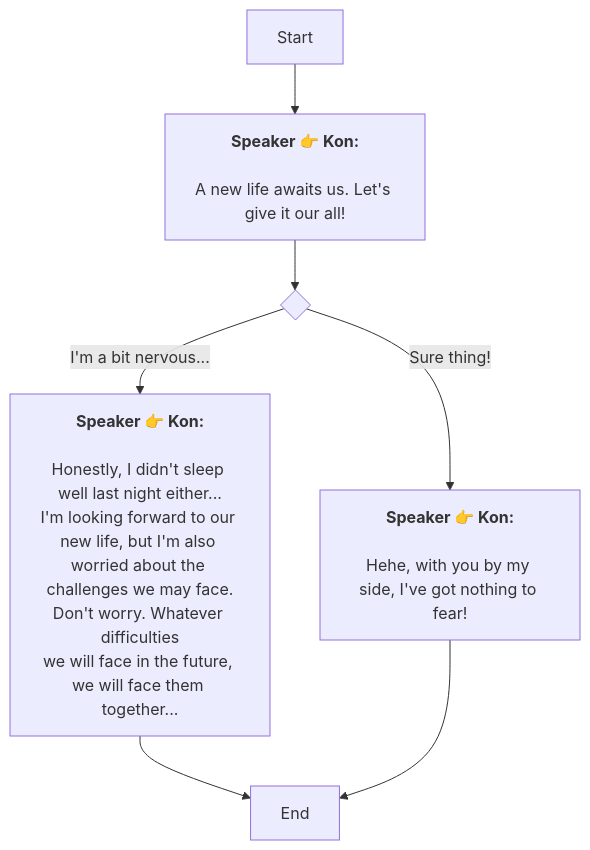
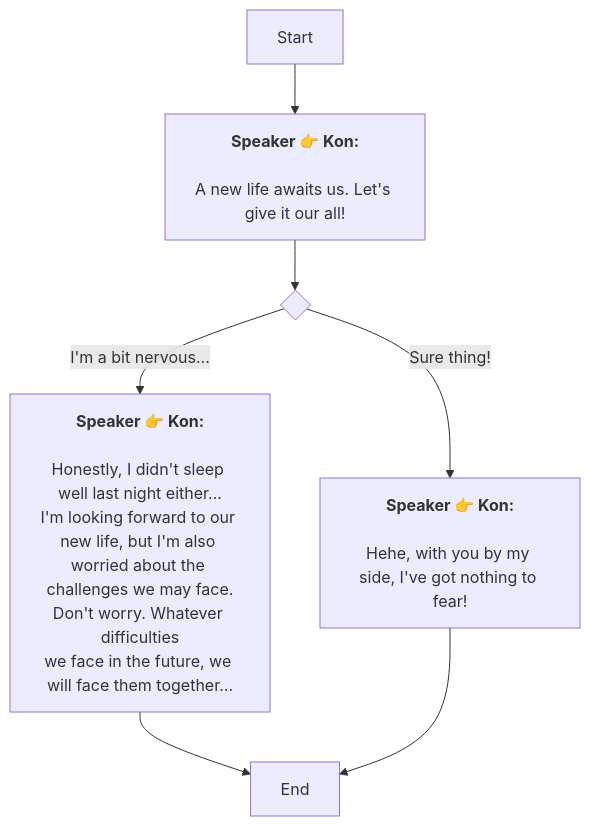
The diagram in En/AddDialogNode_1739604715000012.md (SoftHu/tos_avg), drawn with Mermaid before and after one commit. The commit also changed 297 other files, not shown here.

````diff
--- a/En/AddDialogNode_1739604715000012.md
+++ b/En/AddDialogNode_1739604715000012.md
@@ -1,19 +1,19 @@
 ```mermaid
 graph
 Start -->1739604959410383[<b>Speaker 👉 Kon:</b>
 
 A new life awaits us. Let's give it our all!]
 1739604959410383 -->1739606138329283{ }
 1739606138329283 -->|I'm a bit nervous...|1739607005541577[<b>Speaker 👉 Kon:</b>
 
 Honestly, I didn't sleep well last night either...
 I'm looking forward to our new life, but I'm also worried about the challenges we may face.
 Don't worry. Whatever difficulties
-we will face in the future, we will face them together...]
+we face in the future, we will face them together...]
 1739606138329283 -->|Sure thing!|1739610483867850[<b>Speaker 👉 Kon:</b>
 
 Hehe, with you by my side, I've got nothing to fear!]
 1739607005541577 -->1739675679144139[End]
 1739610483867850 -->1739675679144139[End]
 
  ```
````
